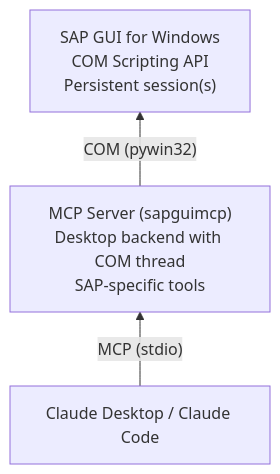
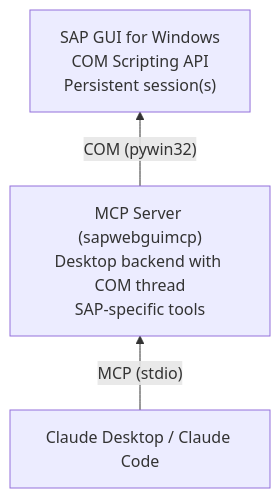
One commit to Hochfrequenz/sapwebgui.mcp changed the second of 2 diagrams in README.md. Above: the diagram before and after it, drawn with Mermaid. The commit also changed other lines of this file and 448 other files, not shown here.

First line of the commit message:
refactor(#57): rename the package sapguimcp to sapwebguimcp (#69)

````diff
--- a/README.md
+++ b/README.md
@@ -1101,9 +1101,9 @@
 ```mermaid
 graph BT
     Claude["Claude Desktop / Claude Code"]
-    MCP["MCP Server (sapguimcp)\nDesktop backend with COM thread\nSAP-specific tools"]
+    MCP["MCP Server (sapwebguimcp)\nDesktop backend with COM thread\nSAP-specific tools"]
     SAP["SAP GUI for Windows\nCOM Scripting API\nPersistent session(s)"]
 
     Claude -- "MCP (stdio)" --> MCP
     MCP -- "COM (pywin32)" --> SAP
 ```
````
